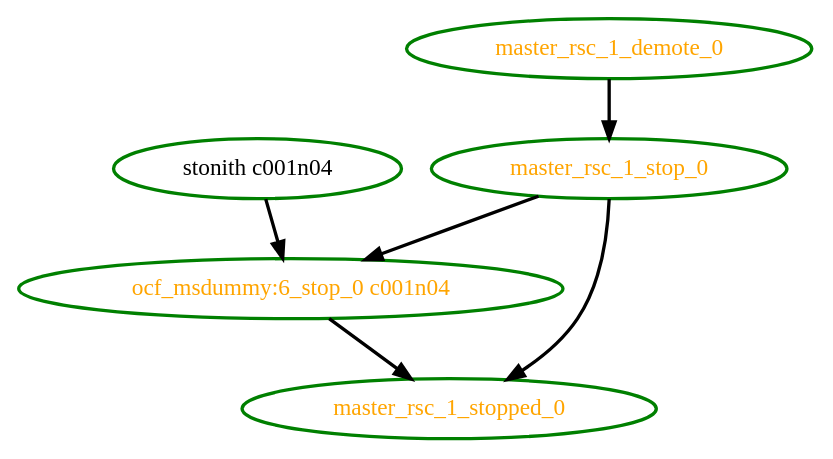
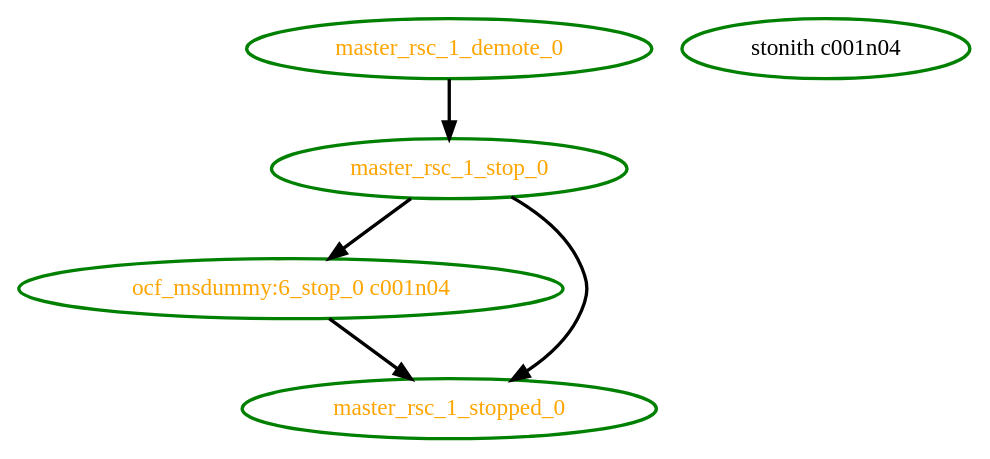
The diagram in crm/pengine/testcases/rec-node-13.dot (richiewen8/heartbeat), drawn with Graphviz before and after one commit. The commit also changed 19 other files, not shown here.

First line of the commit message:
STONITH events need to inputs to start events (not stops) Making them inputs to stops leaves us open to graph loops when resources   with "stop before" ordering dependancies fail (ie. groups) Graph loops prevent us from making progress

```diff
--- a/crm/pengine/testcases/rec-node-13.dot
+++ b/crm/pengine/testcases/rec-node-13.dot
@@ -1,13 +1,12 @@
 digraph "g" {
 	size = "30,30"
 "ocf_msdummy:6_stop_0 c001n04" [ style=bold color="green" fontcolor="orange" ]
 "master_rsc_1_stop_0" [ style=bold color="green" fontcolor="orange" ]
 "master_rsc_1_stopped_0" [ style=bold color="green" fontcolor="orange" ]
 "master_rsc_1_demote_0" [ style=bold color="green" fontcolor="orange" ]
 "stonith c001n04" [ style=bold color="green" fontcolor="black" ]
 "master_rsc_1_stop_0" -> "ocf_msdummy:6_stop_0 c001n04" [ style = bold]
-"stonith c001n04" -> "ocf_msdummy:6_stop_0 c001n04" [ style = bold]
 "master_rsc_1_demote_0" -> "master_rsc_1_stop_0" [ style = bold]
 "ocf_msdummy:6_stop_0 c001n04" -> "master_rsc_1_stopped_0" [ style = bold]
 "master_rsc_1_stop_0" -> "master_rsc_1_stopped_0" [ style = bold]
 }
```
